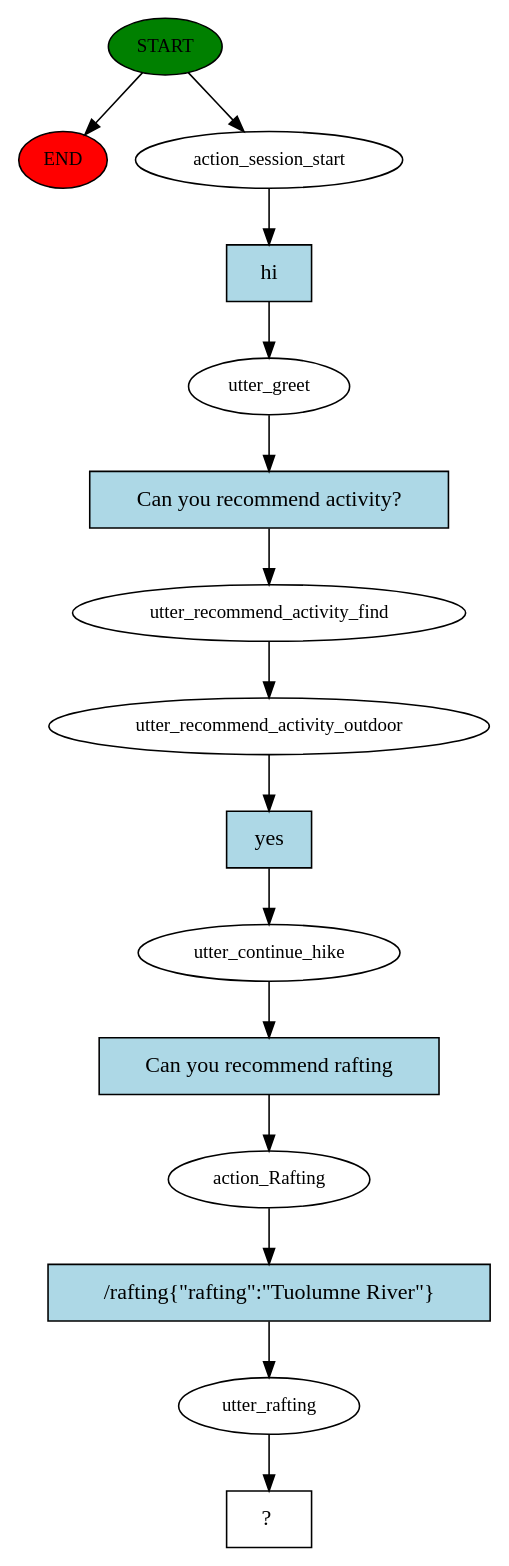
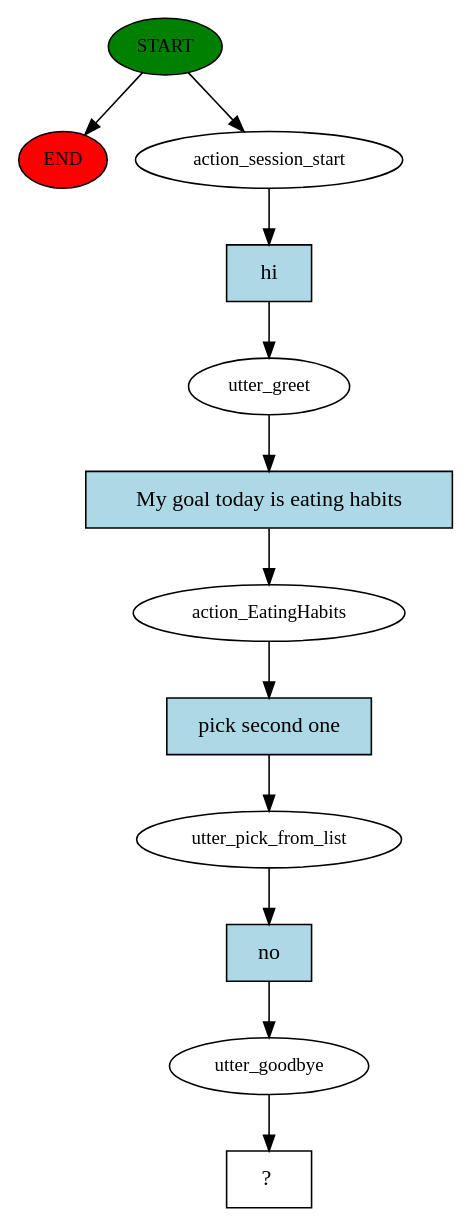
One commit to lakshmi25npathi/Companion-Bot changed the diagram in story_graph.dot. Above: the diagram before and after it, drawn with Graphviz. The commit also changed 10 other files, not shown here.

Commit message:
recommend activity and goal setting stories

```diff
--- a/story_graph.dot
+++ b/story_graph.dot
@@ -1,31 +1,25 @@
 digraph  {
 0 [class="start active", fillcolor=green, fontsize=12, label=START, style=filled];
 "-1" [class=end, fillcolor=red, fontsize=12, label=END, style=filled];
 1 [class=active, fontsize=12, label=action_session_start];
 2 [class=active, fontsize=12, label=utter_greet];
-3 [class=active, fontsize=12, label=utter_recommend_activity_find];
-4 [class=active, fontsize=12, label=utter_recommend_activity_outdoor];
-5 [class=active, fontsize=12, label=utter_continue_hike];
-6 [class=active, fontsize=12, label=action_Rafting];
-7 [class=active, fontsize=12, label=utter_rafting];
-8 [class="intent dashed active", label="  ?  ", shape=rect];
-9 [class="intent active", fillcolor=lightblue, label=hi, shape=rect, style=filled];
-10 [class="intent active", fillcolor=lightblue, label="Can you recommend activity?", shape=rect, style=filled];
-11 [class="intent active", fillcolor=lightblue, label=yes, shape=rect, style=filled];
-12 [class="intent active", fillcolor=lightblue, label="Can you recommend rafting", shape=rect, style=filled];
-13 [class="intent active", fillcolor=lightblue, label="/rafting{\"rafting\":\"Tuolumne River\"}", shape=rect, style=filled];
+3 [class=active, fontsize=12, label=action_EatingHabits];
+4 [class=active, fontsize=12, label=utter_pick_from_list];
+5 [class=active, fontsize=12, label=utter_goodbye];
+6 [class="intent dashed active", label="  ?  ", shape=rect];
+7 [class="intent active", fillcolor=lightblue, label=hi, shape=rect, style=filled];
+8 [class="intent active", fillcolor=lightblue, label="My goal today is eating habits", shape=rect, style=filled];
+9 [class="intent active", fillcolor=lightblue, label="pick second one", shape=rect, style=filled];
+10 [class="intent active", fillcolor=lightblue, label=no, shape=rect, style=filled];
 0 -> "-1"  [class="", key=NONE, label=""];
 0 -> 1  [class=active, key=NONE, label=""];
-1 -> 9  [class=active, key=0];
-2 -> 10  [class=active, key=0];
-3 -> 4  [class=active, key=NONE, label=""];
-4 -> 11  [class=active, key=0];
-5 -> 12  [class=active, key=0];
-6 -> 13  [class=active, key=0];
-7 -> 8  [class=active, key=NONE, label=""];
-9 -> 2  [class=active, key=0];
-10 -> 3  [class=active, key=0];
-11 -> 5  [class=active, key=0];
-12 -> 6  [class=active, key=0];
-13 -> 7  [class=active, key=0];
+1 -> 7  [class=active, key=0];
+2 -> 8  [class=active, key=0];
+3 -> 9  [class=active, key=0];
+4 -> 10  [class=active, key=0];
+5 -> 6  [class=active, key=NONE, label=""];
+7 -> 2  [class=active, key=0];
+8 -> 3  [class=active, key=0];
+9 -> 4  [class=active, key=0];
+10 -> 5  [class=active, key=0];
 }
```
